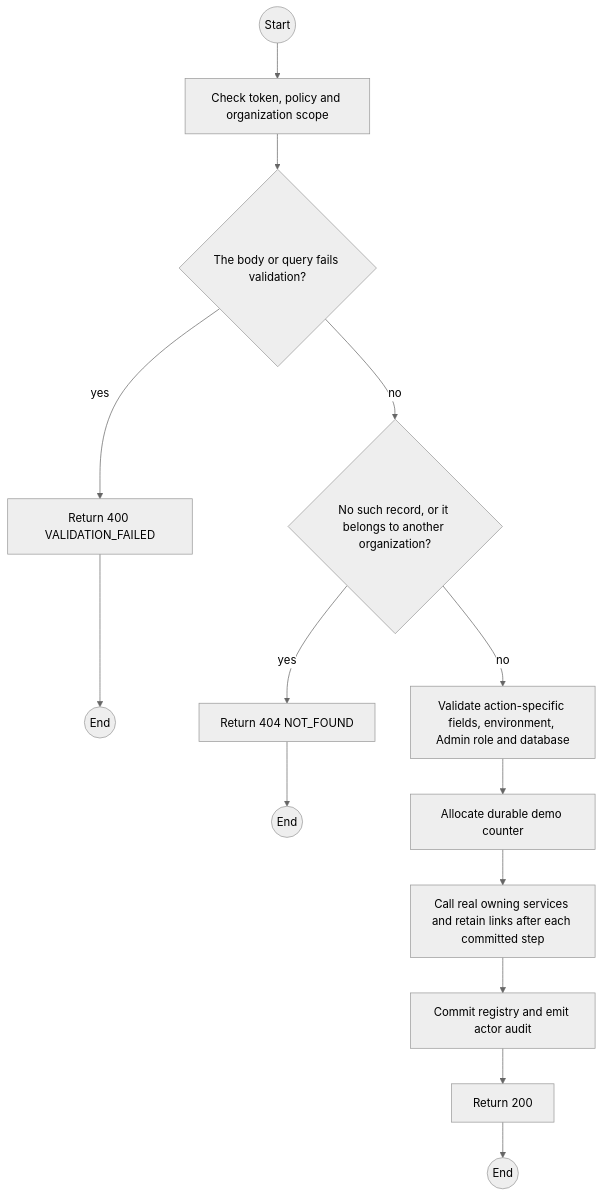
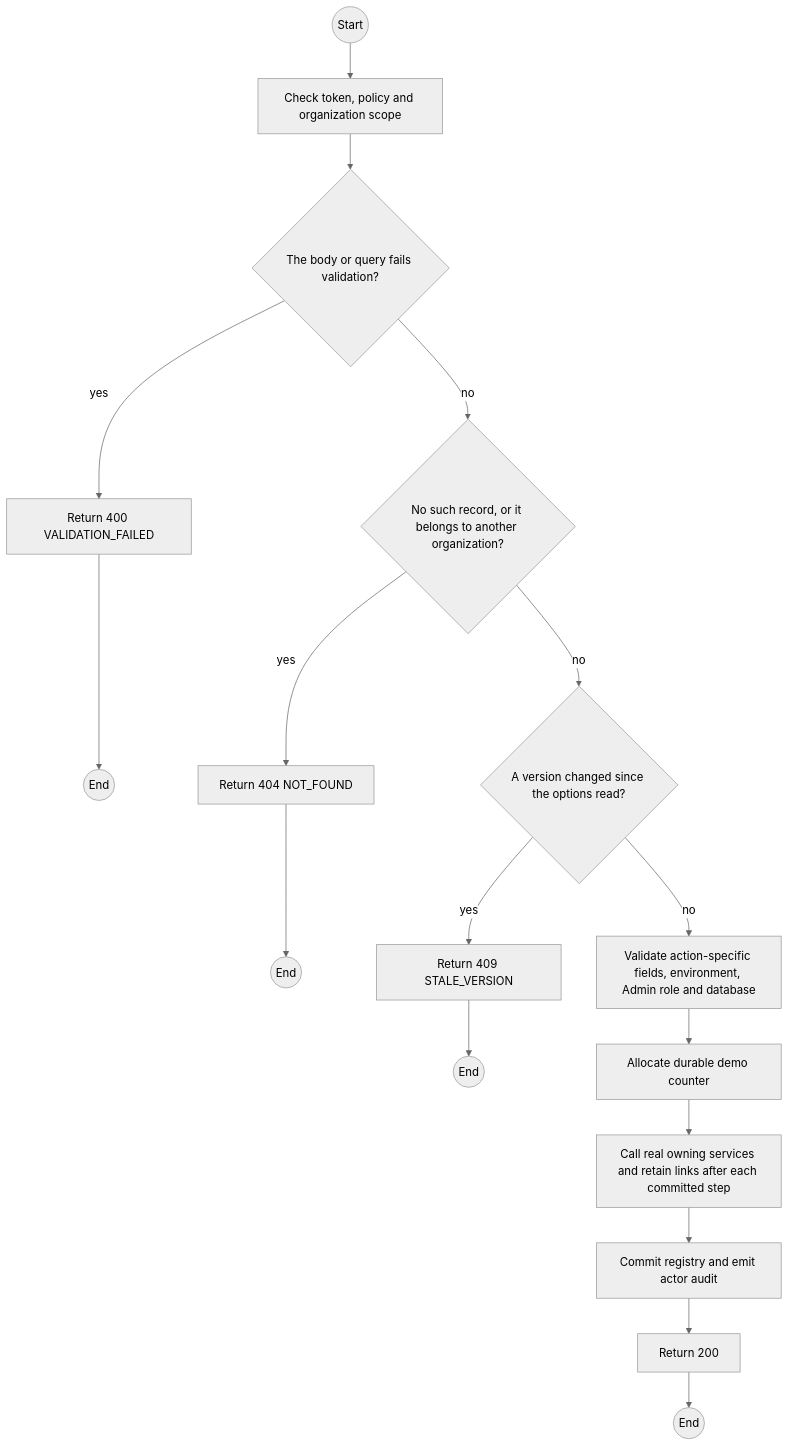
Before and after one commit to TrekLink-Team/treklink-web: the first of 2 diagrams in specs/demo/api-design/12-post-demo-quick-action.md, drawn with Mermaid (neutral theme). The commit also changed other lines of this file and 29 other files, not shown here.

````diff
--- a/specs/demo/api-design/12-post-demo-quick-action.md
+++ b/specs/demo/api-design/12-post-demo-quick-action.md
@@ -184,27 +201,32 @@
 ```mermaid
 flowchart TB
     S((Start))
     A0["Check token, policy and organization scope"]
     S --> A0
     D1{"The body or query fails validation?"}
     A0 --> D1
     E1["Return 400 VALIDATION_FAILED"]
     D1 -->|yes| E1
     E1 --> X1((End))
     D2{"No such record, or it belongs to another organization?"}
     D1 -->|no| D2
     E2["Return 404 NOT_FOUND"]
     D2 -->|yes| E2
     E2 --> X2((End))
+    D3{"A version changed since the options read?"}
+    D2 -->|no| D3
+    E3["Return 409 STALE_VERSION"]
+    D3 -->|yes| E3
+    E3 --> X3((End))
     P0["Validate action-specific fields, environment, Admin role and database"]
-    D2 -->|no| P0
+    D3 -->|no| P0
     P1["Allocate durable demo counter"]
     P0 --> P1
     P2["Call real owning services and retain links after each committed step"]
     P1 --> P2
     P3["Commit registry and emit actor audit"]
     P2 --> P3
     OK["Return 200"]
     P3 --> OK
     OK --> Z((End))
 ```
````
